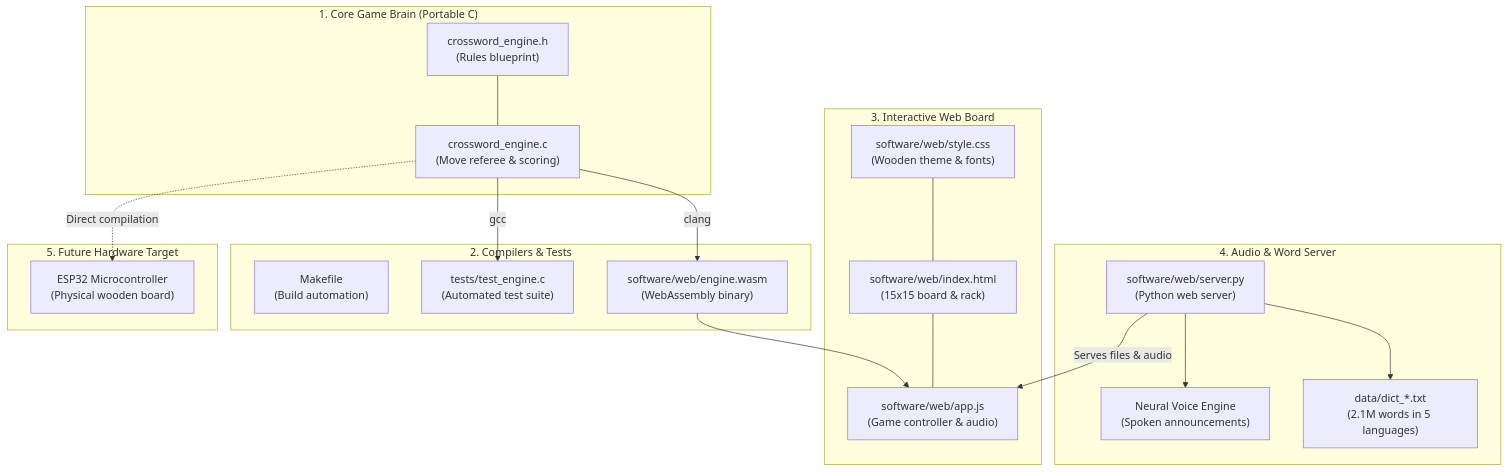
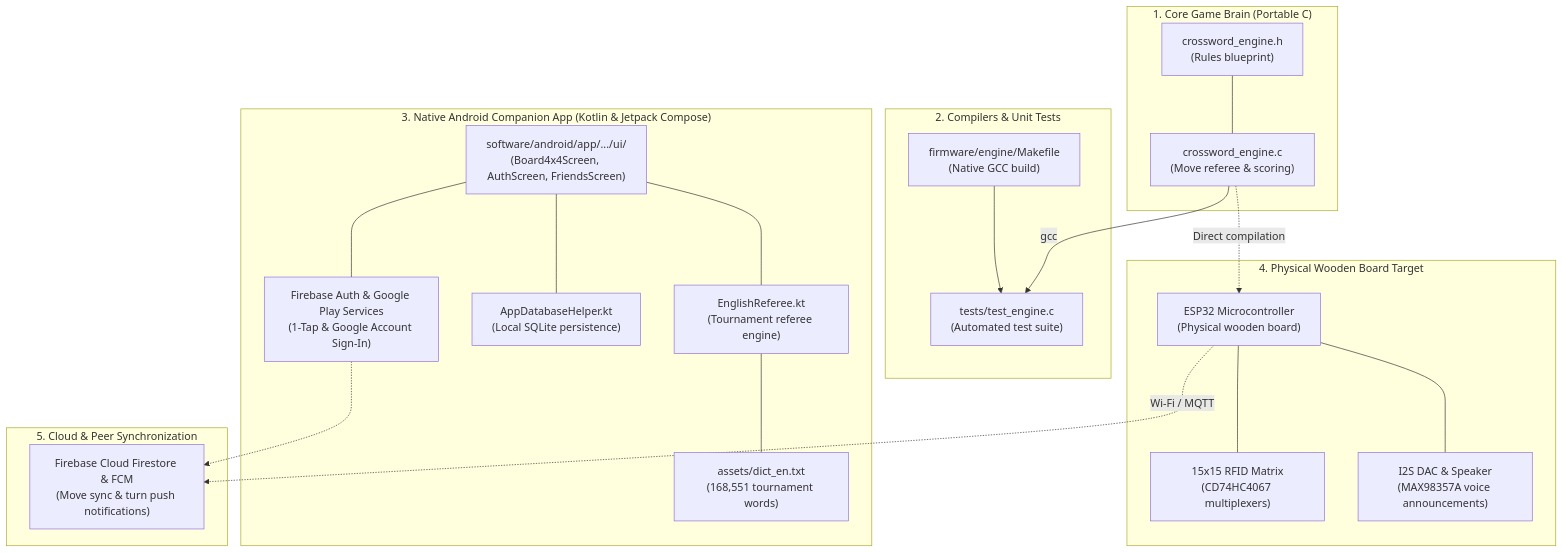
One commit to robindelis/Smart-Crossword- changed the diagram in Software_Architecture.md. Above: the diagram before and after it, drawn with Mermaid. The commit also changed other lines of this file and 31 other files, not shown here.

Commit message:
refactor: retire webapp and align project completely around native Android companion

````diff
--- a/Software_Architecture.md
+++ b/Software_Architecture.md
@@ -9,39 +9,42 @@
 ```mermaid
 graph TD
     subgraph Core["1. Core Game Brain (Portable C)"]
         H["crossword_engine.h<br/>(Rules blueprint)"]
         C["crossword_engine.c<br/>(Move referee & scoring)"]
         H --- C
     end
 
-    subgraph Build["2. Compilers & Tests"]
-        MK["Makefile<br/>(Build automation)"]
+    subgraph Build["2. Compilers & Unit Tests"]
+        MK["firmware/engine/Makefile<br/>(Native GCC build)"]
         TEST["tests/test_engine.c<br/>(Automated test suite)"]
-        WASM["software/web/engine.wasm<br/>(WebAssembly binary)"]
         C -->|gcc| TEST
-        C -->|clang| WASM
+        MK --> TEST
     end
 
-    subgraph Web["3. Interactive Web Board"]
-        HTML["software/web/index.html<br/>(15x15 board & rack)"]
-        CSS["software/web/style.css<br/>(Wooden theme & fonts)"]
-        JS["software/web/app.js<br/>(Game controller & audio)"]
-        WASM --> JS
-        HTML --- JS
-        CSS --- HTML
+    subgraph Android["3. Native Android Companion App (Kotlin & Jetpack Compose)"]
+        UI["software/android/app/.../ui/<br/>(Board4x4Screen, AuthScreen, FriendsScreen)"]
+        REF["EnglishReferee.kt<br/>(Tournament referee engine)"]
+        DICT_A["assets/dict_en.txt<br/>(168,551 tournament words)"]
+        DB["AppDatabaseHelper.kt<br/>(Local SQLite persistence)"]
+        AUTH["Firebase Auth & Google Play Services<br/>(1-Tap & Google Account Sign-In)"]
+        UI --- REF
+        REF --- DICT_A
+        UI --- DB
+        UI --- AUTH
     end
 
-    subgraph Server["4. Audio & Word Server"]
-        PY["software/web/server.py<br/>(Python web server)"]
-        TTS["Neural Voice Engine<br/>(Spoken announcements)"]
-        DICT["data/dict_*.txt<br/>(2.1M words in 5 languages)"]
-        PY --> TTS
-        PY --> DICT
-        PY -->|Serves files & audio| JS
+    subgraph Board["4. Physical Wooden Board Target"]
+        ESP["ESP32 Microcontroller<br/>(Physical wooden board)"]
+        NFC["15x15 RFID Matrix<br/>(CD74HC4067 multiplexers)"]
+        AUDIO["I2S DAC & Speaker<br/>(MAX98357A voice announcements)"]
+        C -.->|Direct compilation| ESP
+        ESP --- NFC
+        ESP --- AUDIO
     end
 
-    subgraph Target["5. Future Hardware Target"]
-        ESP["ESP32 Microcontroller<br/>(Physical wooden board)"]
-        C -.->|Direct compilation| ESP
+    subgraph Cloud["5. Cloud & Peer Synchronization"]
+        FBASE["Firebase Cloud Firestore & FCM<br/>(Move sync & turn push notifications)"]
+        AUTH -.-> FBASE
+        ESP -.->|Wi-Fi / MQTT| FBASE
     end
 ```
````
